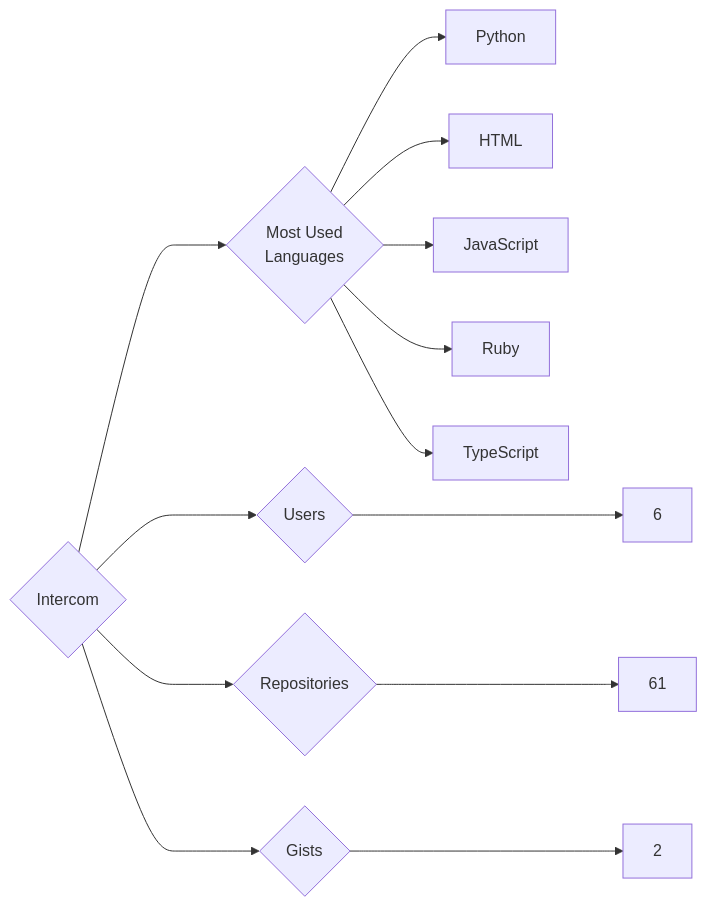
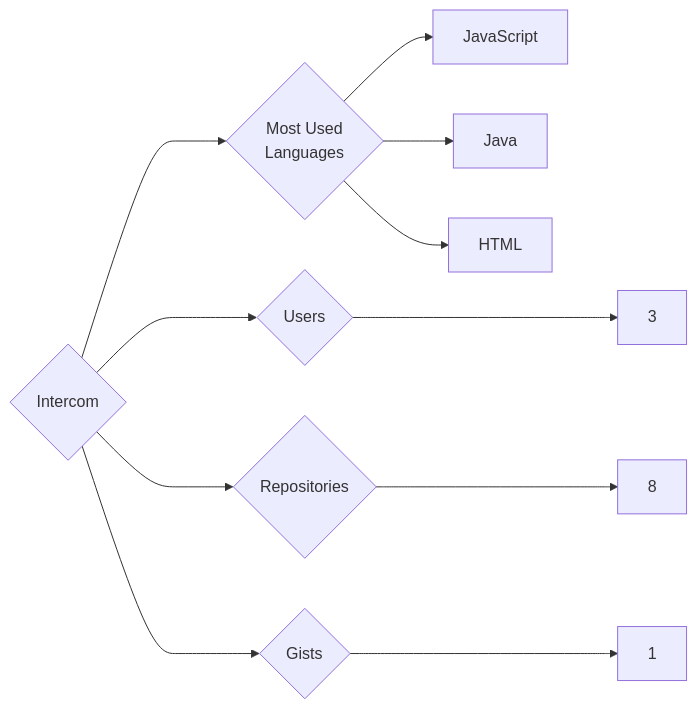
One commit to trickest/insiders changed the diagram in targets/Intercom/README.md. Above: the diagram before and after it, drawn with Mermaid. The commit also changed 865 other files, not shown here.

````diff
--- a/targets/Intercom/README.md
+++ b/targets/Intercom/README.md
@@ -3,13 +3,11 @@
 ```mermaid
 graph LR
 COMPANY_NAME{Intercom}
-COMPANY_NAME ---> U{Users} ---> UN[6]
-COMPANY_NAME ---> R{Repositories} ---> RN[61]
-COMPANY_NAME ---> G{Gists} ---> GN[2]
+COMPANY_NAME ---> U{Users} ---> UN[3]
+COMPANY_NAME ---> R{Repositories} ---> RN[8]
+COMPANY_NAME ---> G{Gists} ---> GN[1]
 COMPANY_NAME ---> ML{Most Used<br>Languages}
-ML --> Python[Python]
+ML --> JavaScript[JavaScript]
+ML --> Java[Java]
 ML --> HTML[HTML]
-ML --> JavaScript[JavaScript]
-ML --> Ruby[Ruby]
-ML --> TypeScript[TypeScript]
 ```
````
